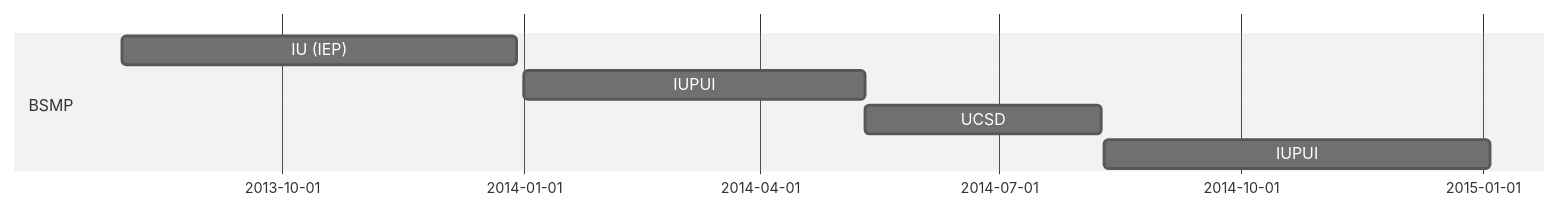
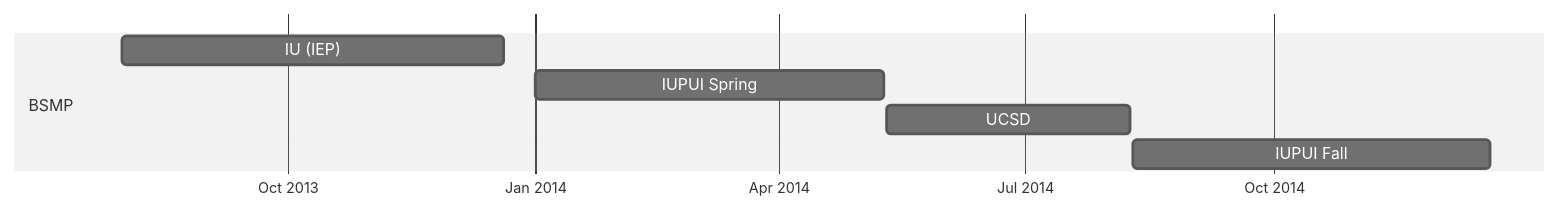
The fifth of 5 diagrams in content/timeline/_index.md (asrampasso/academic_website), drawn with Mermaid (neutral theme) before and after one commit. The commit also changed other lines of this file and 43 other files, not shown here.

Commit message:
Update research, timeline, teaching portfolio and statements

````diff
--- a/content/timeline/_index.md
+++ b/content/timeline/_index.md
@@ -98,12 +127,15 @@
 ```mermaid
 
 gantt
 
   dateFormat  YYYY-MM-DD
-  
+  axisFormat %b %Y
+  tickInterval 3month
+
   section BSMP
-  IU (IEP): 2013-08-01, 150d
-  IUPUI: a1, 2014-01-01, 130d 
-  UCSD: after a1, 90d
-  IUPUI: 2014-08-10, 147d
+  IU (IEP): 2013-08-01, 2013-12-20
+  IUPUI Spring: 2014-01-01, 2014-05-10
+  UCSD: 2014-05-11, 2014-08-09
+  IUPUI Fall: 2014-08-10, 2014-12-20
+
 ```
````
